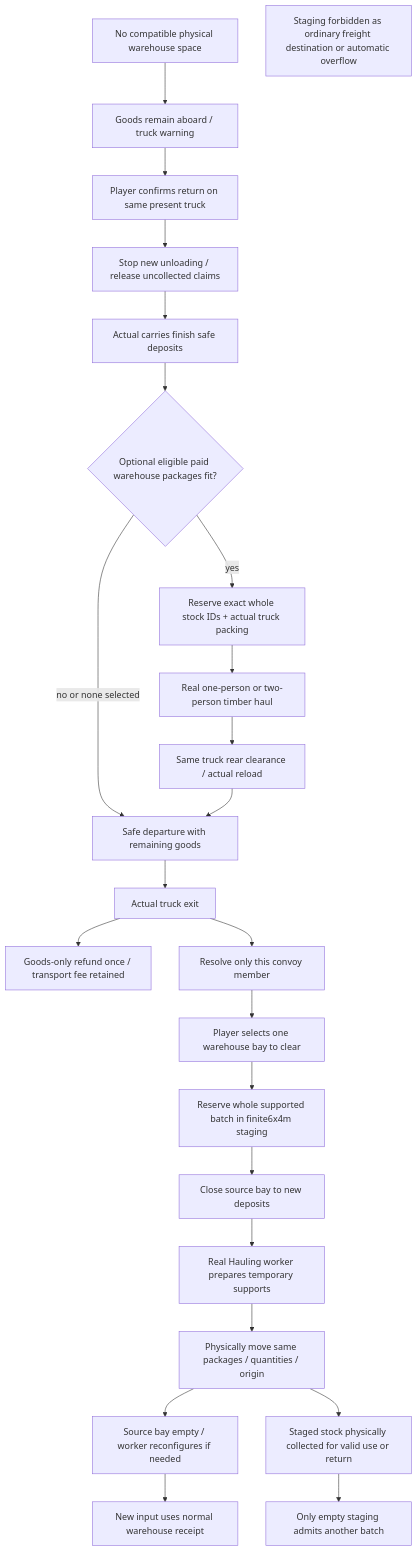
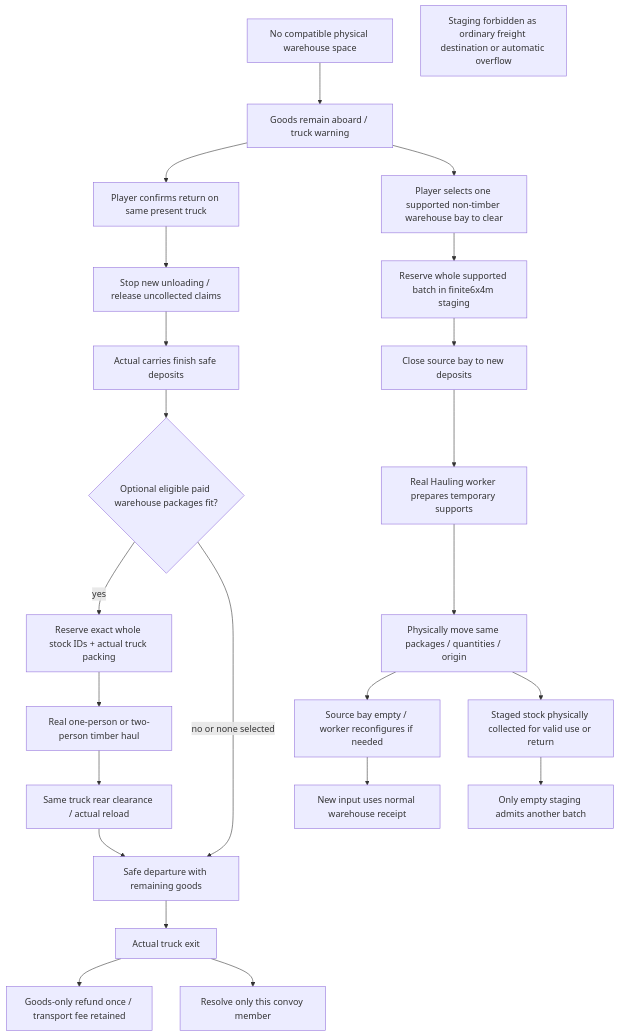
The diagram in docs/diagrams/warehouse_recovery_v4.mmd (TheInfinityIQ/Trencho_V4), drawn with Mermaid before and after one commit. The commit also changed 8 other files, not shown here.

Commit message:
Record verified finite staging clearance and recollection

```diff
--- a/docs/diagrams/warehouse_recovery_v4.mmd
+++ b/docs/diagrams/warehouse_recovery_v4.mmd
@@ -1,24 +1,25 @@
 flowchart TD
+  %% Mixed roadmap: aboard return and non-timber finite staging implemented onPR146; warehouse reload and paired timber remain future.
   Full[No compatible physical warehouse space] --> Hold[Goods remain aboard / truck warning]
   Hold --> Return[Player confirms return on same present truck]
   Return --> Stop[Stop new unloading / release uncollected claims]
   Stop --> Safe[Actual carries finish safe deposits]
   Safe --> Reload{Optional eligible paid warehouse packages fit?}
   Reload -->|yes| Claim[Reserve exact whole stock IDs + actual truck packing]
   Claim --> Carry[Real one-person or two-person timber haul]
   Carry --> Load[Same truck rear clearance / actual reload]
   Reload -->|no or none selected| Depart[Safe departure with remaining goods]
   Load --> Depart
   Depart --> Exit[Actual truck exit]
   Exit --> Refund[Goods-only refund once / transport fee retained]
   Exit --> Gate[Resolve only this convoy member]
-  Gate --> Recovery[Player selects one warehouse bay to clear]
+  Hold --> Recovery[Player selects one supported non-timber warehouse bay to clear]
   Recovery --> Stage[Reserve whole supported batch in finite6x4m staging]
   Stage --> Locked[Close source bay to new deposits]
   Locked --> Visit[Real Hauling worker prepares temporary supports]
   Visit --> Move[Physically move same packages / quantities / origin]
   Move --> Empty[Source bay empty / worker reconfigures if needed]
   Empty --> Receipt[New input uses normal warehouse receipt]
   Move --> Consume[Staged stock physically collected for valid use or return]
   Consume --> Clear[Only empty staging admits another batch]
   Forbidden[Staging forbidden as ordinary freight destination or automatic overflow]
```
